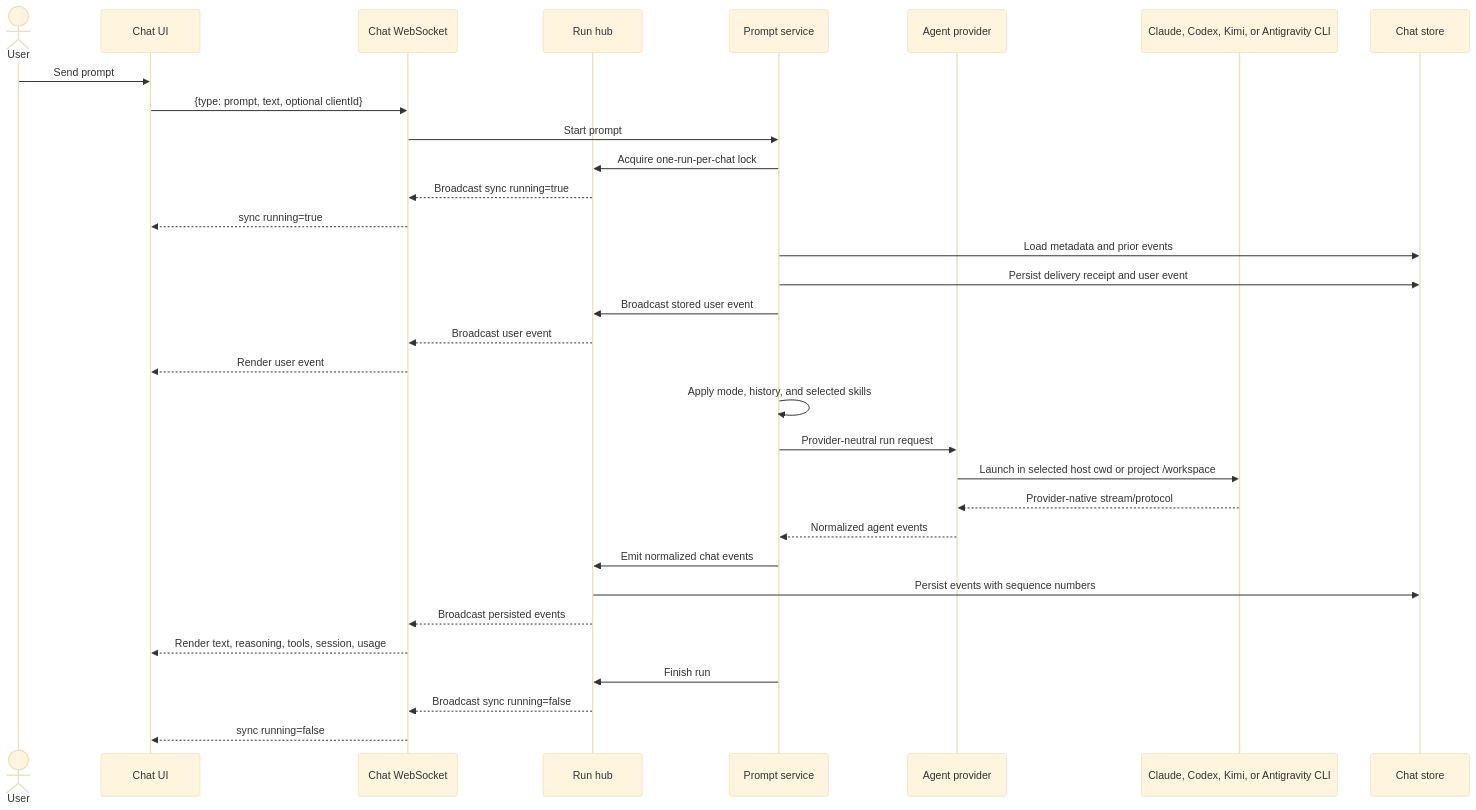
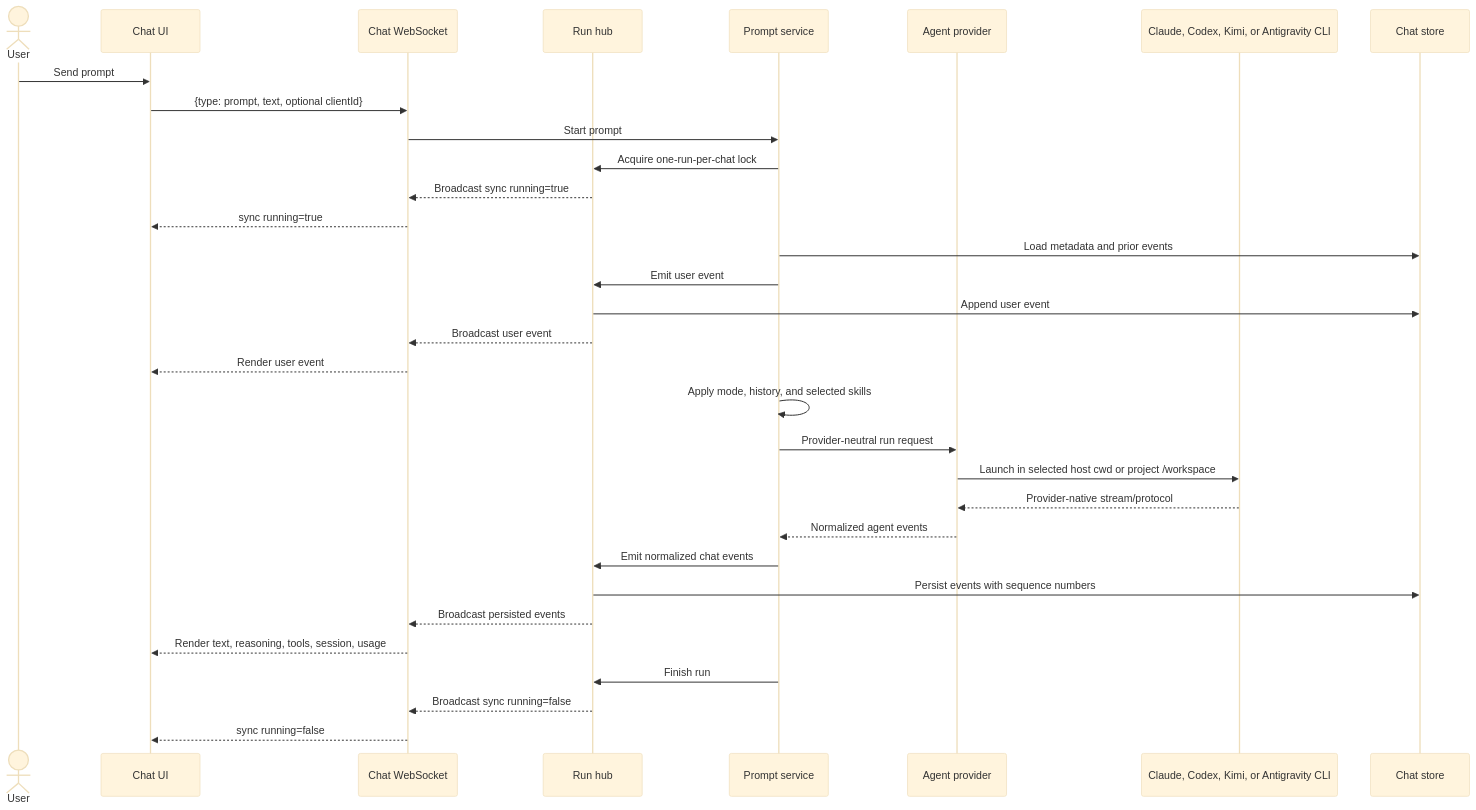
One commit to AbdallahMohamedDotnet/remote.futrx changed the second of 5 diagrams in docs/02-workspaces/04-chat-and-agents.md. Above: the diagram before and after it, drawn with Mermaid (base theme). The commit also changed other lines of this file and 153 other files, not shown here.

````diff
--- a/docs/02-workspaces/04-chat-and-agents.md
+++ b/docs/02-workspaces/04-chat-and-agents.md
@@ -28,35 +25,35 @@
 ```mermaid
 sequenceDiagram
     actor User
     participant UI as Chat UI
     participant WS as Chat WebSocket
     participant Hub as Run hub
     participant Prompt as Prompt service
     participant Provider as Agent provider
     participant CLI as Claude, Codex, Kimi, or Antigravity CLI
     participant Store as Chat store
 
     User->>UI: Send prompt
     UI->>WS: {type: prompt, text, optional clientId}
     WS->>Prompt: Start prompt
     Prompt->>Hub: Acquire one-run-per-chat lock
     Hub-->>WS: Broadcast sync running=true
     WS-->>UI: sync running=true
     Prompt->>Store: Load metadata and prior events
-    Prompt->>Store: Persist delivery receipt and user event
-    Prompt->>Hub: Broadcast stored user event
+    Prompt->>Hub: Emit user event
+    Hub->>Store: Append user event
     Hub-->>WS: Broadcast user event
     WS-->>UI: Render user event
     Prompt->>Prompt: Apply mode, history, and selected skills
     Prompt->>Provider: Provider-neutral run request
     Provider->>CLI: Launch in selected host cwd or project /workspace
     CLI-->>Provider: Provider-native stream/protocol
     Provider-->>Prompt: Normalized agent events
     Prompt->>Hub: Emit normalized chat events
     Hub->>Store: Persist events with sequence numbers
     Hub-->>WS: Broadcast persisted events
     WS-->>UI: Render text, reasoning, tools, session, usage
     Prompt->>Hub: Finish run
     Hub-->>WS: Broadcast sync running=false
     WS-->>UI: sync running=false
 ```
````
